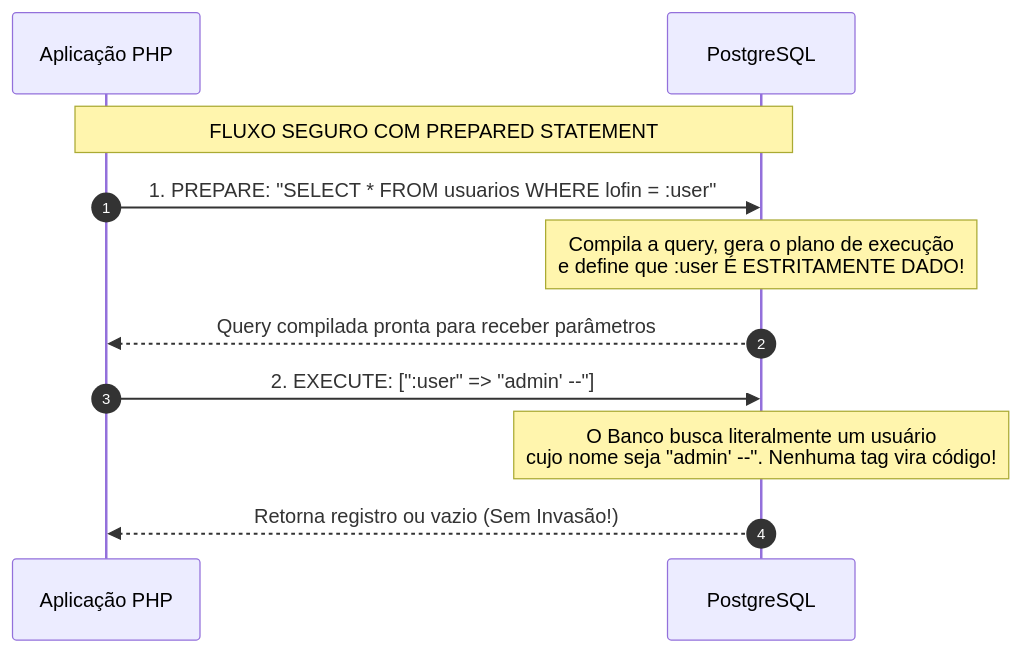
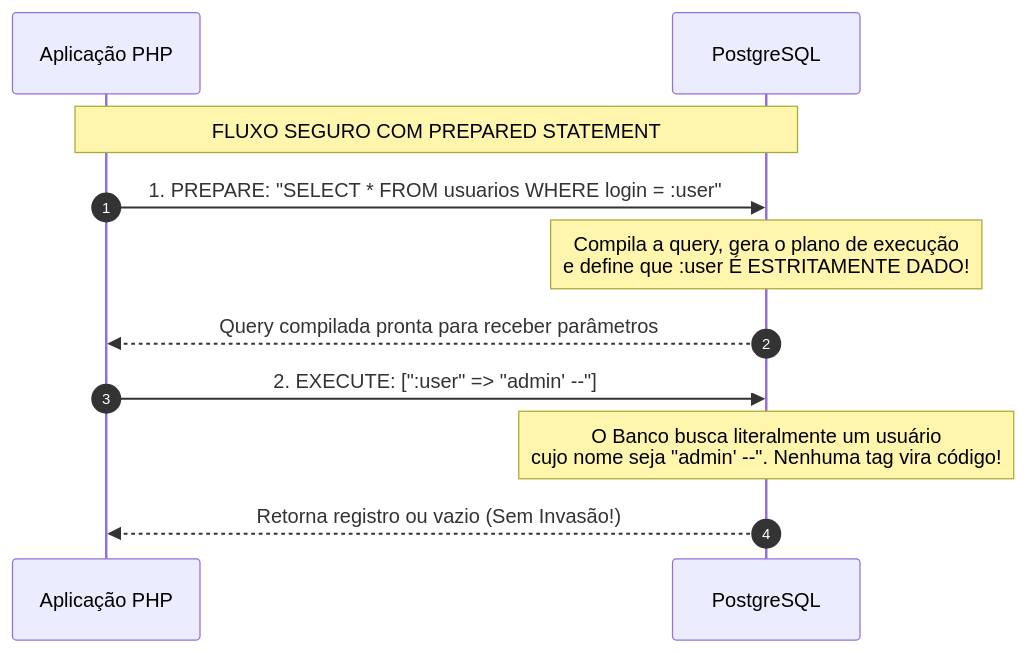
Before and after one commit to Llllggcctrc/nBackEnd: diagram 13 of 28 in PHP/README.md, drawn with Mermaid. The commit also changed other lines of this file and 1 other file, not shown here.

````diff
--- a/PHP/README.md
+++ b/PHP/README.md
@@ -1360,14 +1365,14 @@
 ```mermaid
 sequenceDiagram
     autonumber
     participant App as Aplicação PHP
     participant SGBD as PostgreSQL
 
     Note over App, SGBD: FLUXO SEGURO COM PREPARED STATEMENT
-    App->>SGBD: 1. PREPARE: "SELECT * FROM usuarios WHERE lofin = :user"
+    App->>SGBD: 1. PREPARE: "SELECT * FROM usuarios WHERE login = :user"
     Note over SGBD: Compila a query, gera o plano de execução<br/>e define que :user É ESTRITAMENTE DADO!
     SGBD-->>App: Query compilada pronta para receber parâmetros
     App->>SGBD: 2. EXECUTE: [":user" => "admin' --"]
     Note over SGBD: O Banco busca literalmente um usuário<br/>cujo nome seja "admin' --". Nenhuma tag vira código!
     SGBD-->>App: Retorna registro ou vazio (Sem Invasão!)
 ```
````
